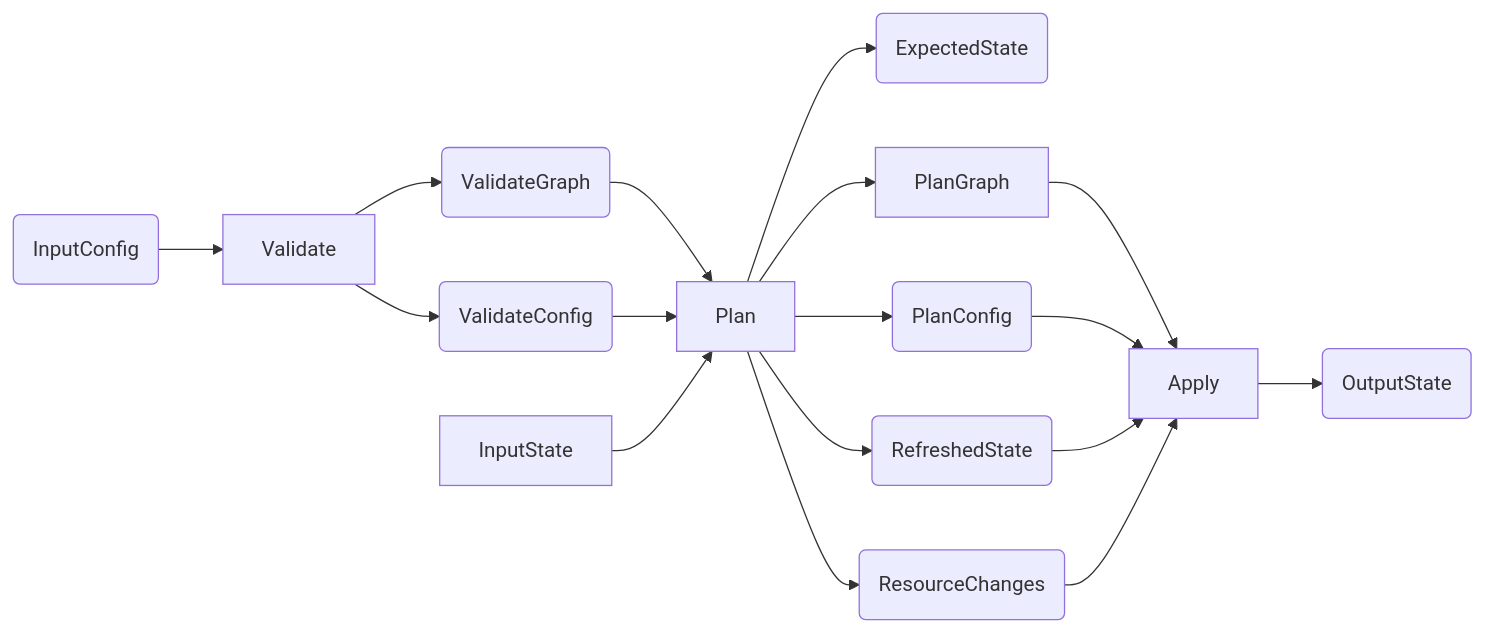
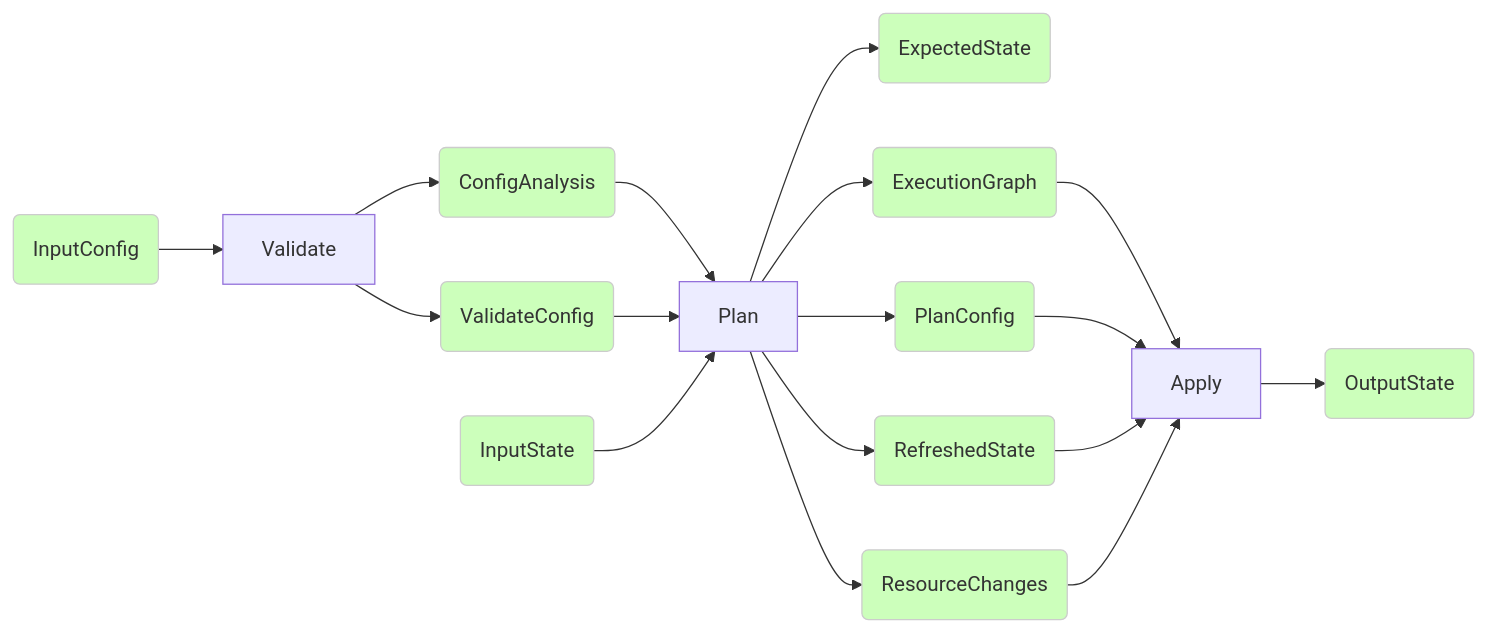
One commit to opentofu/opentofu changed the second of 2 diagrams in rfc/20250728-execution-architecture.md. Above: the diagram before and after it, drawn with Mermaid.

Commit message:
Update diagram
test update todo

````diff
--- a/rfc/20250728-execution-architecture.md
+++ b/rfc/20250728-execution-architecture.md
@@ -145,24 +145,29 @@
 ```mermaid
 flowchart LR
     Config("InputConfig") --> Validate["Validate"]
 
-    Validate --> ConfigReferences("ValidateGraph")
+    Validate --> ConfigReferences("ConfigAnalysis")
     Validate --> ConfigValidate("ValidateConfig")
 
     ConfigReferences --> Plan
     ConfigValidate --> Plan
-    InputState["InputState"] --> Plan
+    InputState("InputState") --> Plan
 
     Plan --> ExpectedState("ExpectedState")
     Plan --> RefreshedState("RefreshedState")
     Plan --> ChangesToResources("ResourceChanges")
     Plan --> ConfigPlan("PlanConfig")
-    Plan --> PlanGraph["PlanGraph"]
+    Plan --> PlanGraph("ExecutionGraph")
 
     PlanGraph --> Apply["Apply"]
     ConfigPlan --> Apply
     RefreshedState --> Apply
     ChangesToResources --> Apply
 
     Apply --> OutputState("OutputState")
+
+classDef green fill:#cfb,stroke:#ccc
+class Config,ConfigReferences,ConfigValidate,InputState green
+class ExpectedState,PlanGraph,ConfigPlan,RefreshedState,ChangesToResources green
+class OutputState green
 ```
````
